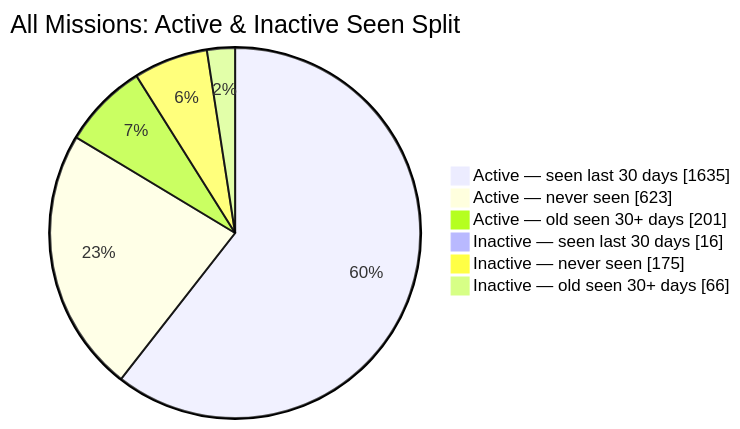
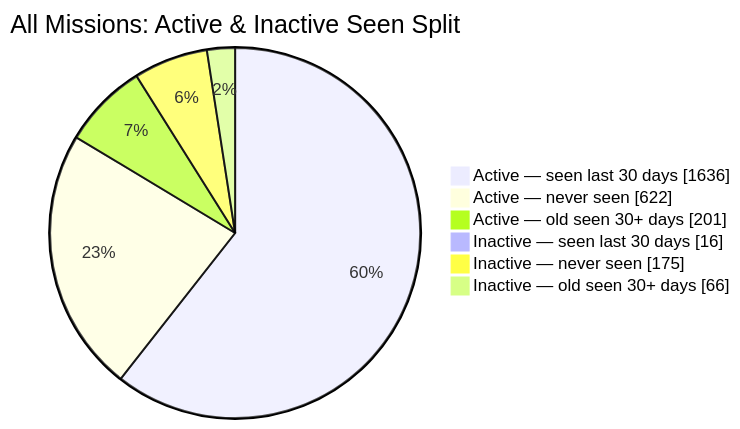
The second of 2 diagrams in README.md (MeldkamerspelGameTeam/active-missions), drawn with Mermaid before and after one commit. The commit also changed other lines of this file and 3 other files, not shown here.

````diff
--- a/README.md
+++ b/README.md
@@ -44,10 +44,10 @@
 ```mermaid
 pie showData
     title All Missions: Active & Inactive Seen Split
-    "Active — seen last 30 days" : 1635
-    "Active — never seen" : 623
+    "Active — seen last 30 days" : 1636
+    "Active — never seen" : 622
     "Active — old seen 30+ days" : 201
     "Inactive — seen last 30 days" : 16
     "Inactive — never seen" : 175
     "Inactive — old seen 30+ days" : 66
 ```
````
